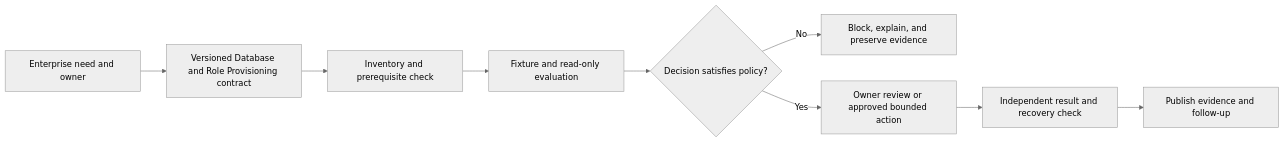
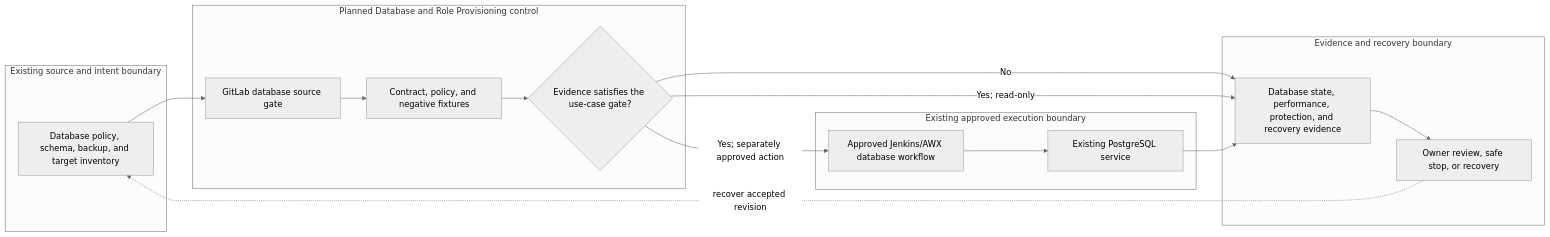
The diagram in docs/use-cases/database/UC-DB-003-database-and-role-provisioning.md (MIDHTECH/enterprise-architecture-docs), drawn with Mermaid (neutral theme) before and after one commit. The commit also changed other lines of this file and 227 other files, not shown here.

Commit message:
Deepen architecture for all use case designs

````diff
--- a/docs/use-cases/database/UC-DB-003-database-and-role-provisioning.md
+++ b/docs/use-cases/database/UC-DB-003-database-and-role-provisioning.md
@@ -136,11 +129,25 @@
 ```mermaid
 flowchart LR
-    Need["Enterprise need and owner"] --> Contract["Versioned Database and Role Provisioning contract"]
-    Contract --> Preflight["Inventory and prerequisite check"]
-    Preflight --> Evaluate["Fixture and read-only evaluation"]
-    Evaluate --> Decision{"Decision satisfies policy?"}
-    Decision -->|No| Stop["Block, explain, and preserve evidence"]
-    Decision -->|Yes| Review["Owner review or approved bounded action"]
-    Review --> Verify["Independent result and recovery check"]
-    Verify --> Publish["Publish evidence and follow-up"]
+    subgraph Source["Existing source and intent boundary"]
+        A["Database policy, schema, backup, and target inventory"]
+    end
+    subgraph Planned["Planned Database and Role Provisioning control"]
+        B["GitLab database source gate"]
+        C["Contract, policy, and negative fixtures"]
+        D{"Evidence satisfies the use-case gate?"}
+    end
+    subgraph Runtime["Existing approved execution boundary"]
+        E["Approved Jenkins/AWX database workflow"]
+        F["Existing PostgreSQL service"]
+    end
+    subgraph Assurance["Evidence and recovery boundary"]
+        G["Database state, performance, protection, and recovery evidence"]
+        H["Owner review, safe stop, or recovery"]
+    end
+
+    A --> B --> C --> D
+    D -->|No| G --> H
+    D -->|Yes; read-only| G
+    D -->|Yes; separately approved action| E --> F --> G
+    H -. recover accepted revision .-> A
 ```
````
